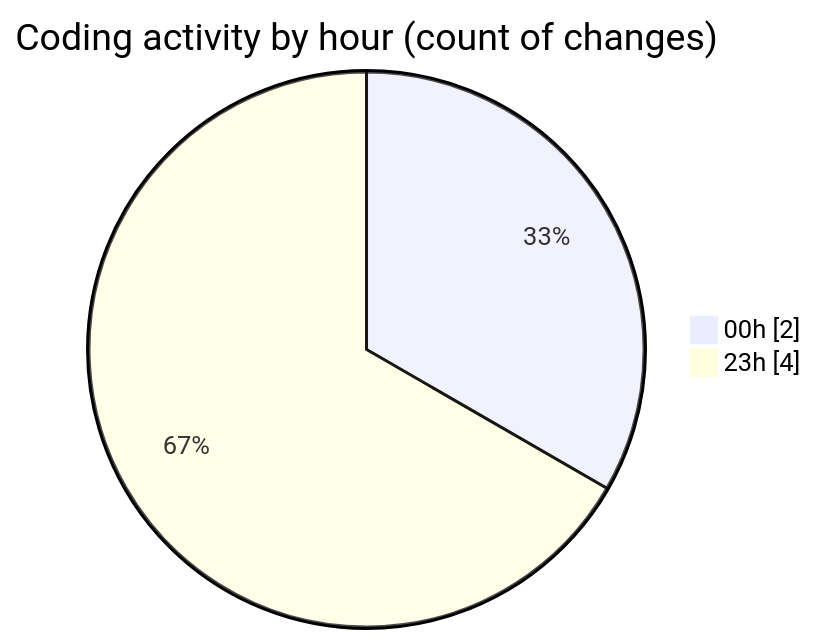
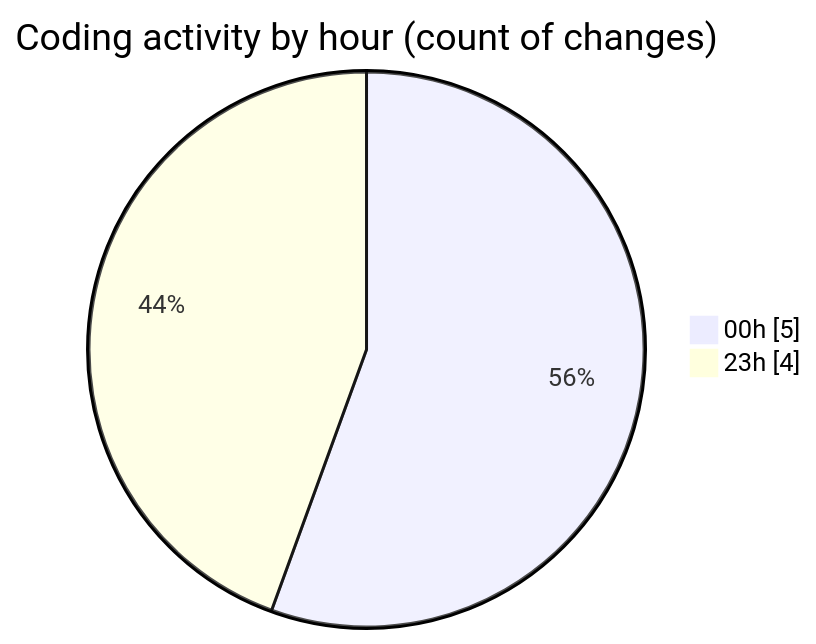
The second of 2 diagrams in 2025-11-23/eventscop-frontend-guide__workspace_/README.md (julien-gomy/code-tracking), drawn with Mermaid before and after one commit. The commit also changed other lines of this file and 1 other file, not shown here.

````diff
--- a/2025-11-23/eventscop-frontend-guide__workspace_/README.md
+++ b/2025-11-23/eventscop-frontend-guide__workspace_/README.md
@@ -31,6 +32,6 @@
 ```mermaid
 pie showData
 title Coding activity by hour (count of changes)
-"00h" : 2
+"00h" : 5
 "23h" : 4
 ```
````
